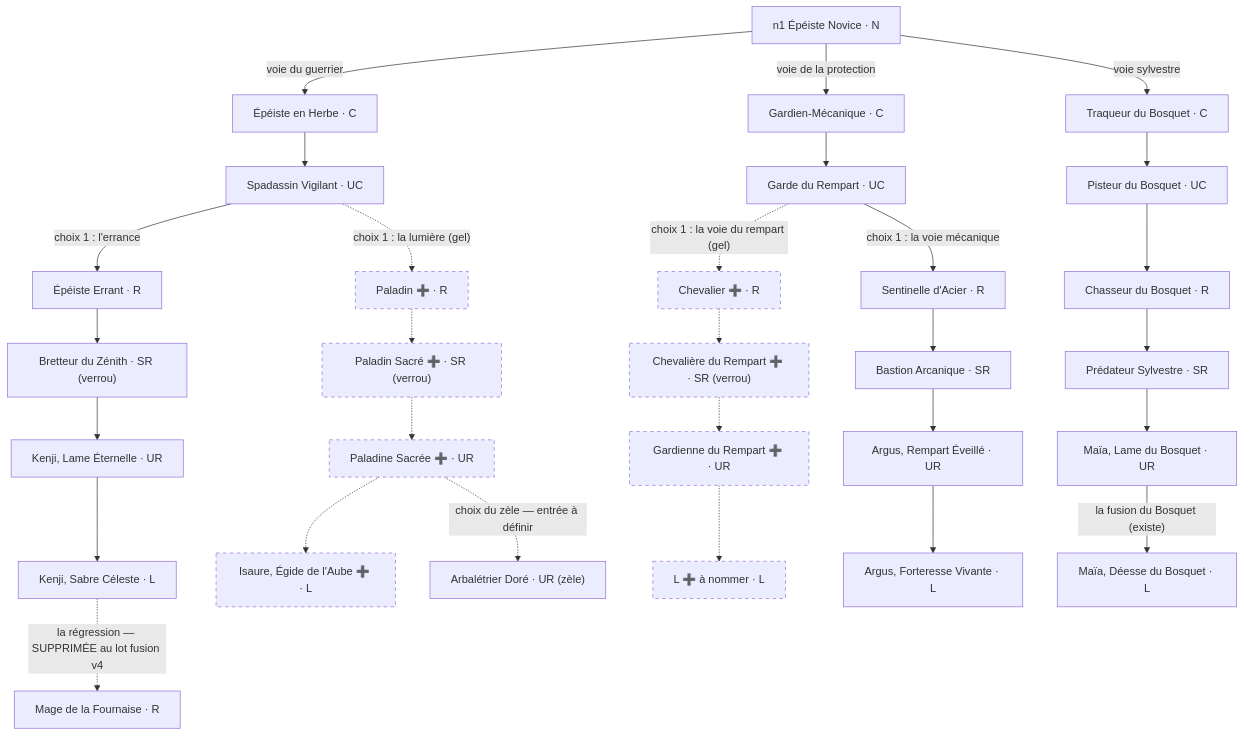
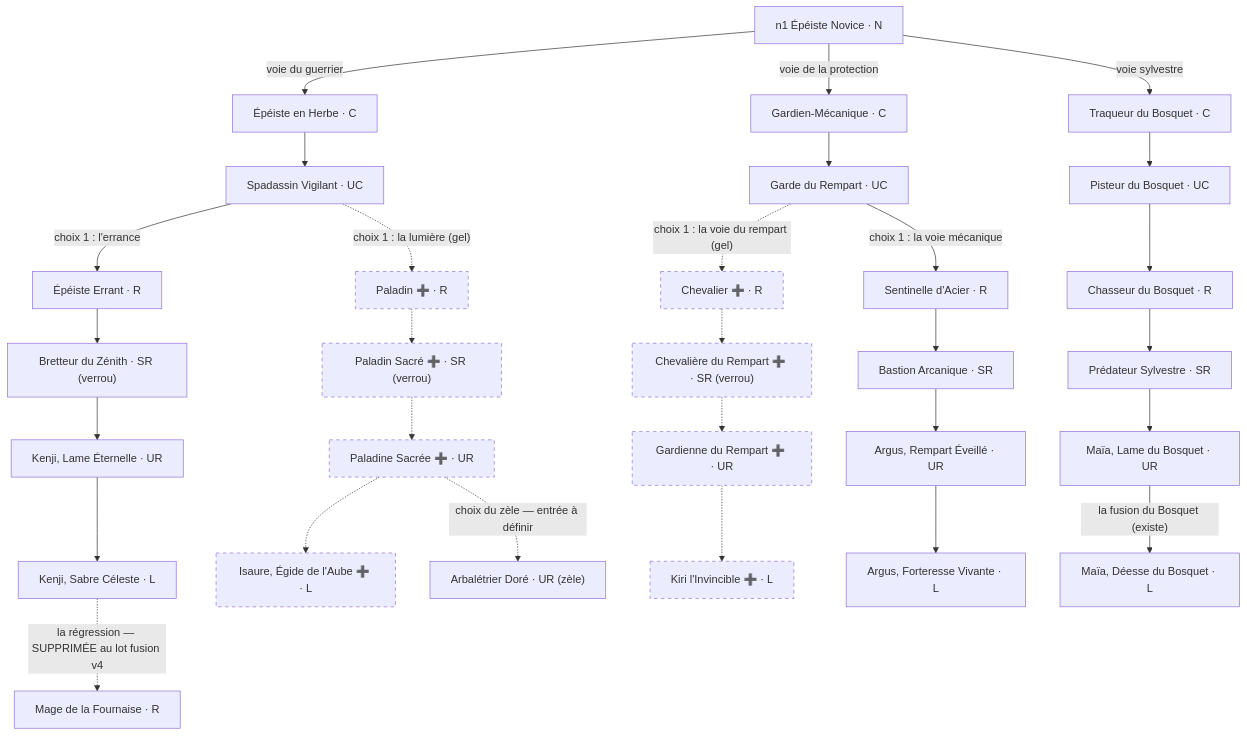
The second of 10 diagrams in docs/design/design-arbres-v18.md (mobize191/aicg-lignees), drawn with Mermaid before and after one commit. The commit also changed other lines of this file and 6 other files, not shown here.

Commit message:
suite 24 : 20 points du gel v1 tranches (Kiri l'Invincible, zele au palier R, fusion humaine+divin par biome de famille + 15% demon, eclats -> or, lignees uniques, calibrage) + etude polyvalence (full degats gagne, outil rejouable)

````diff
--- a/docs/design/design-arbres-v18.md
+++ b/docs/design/design-arbres-v18.md
@@ -267,33 +267,33 @@
 ```mermaid
 flowchart TD
   N1["n1 Épéiste Novice · N"] -->|"voie du guerrier"| A1["Épéiste en Herbe · C"]
   N1 -->|"voie de la protection"| S4["Gardien-Mécanique · C"]
   N1 -->|"voie sylvestre"| A24["Traqueur du Bosquet · C"]
   A1 --> A30["Spadassin Vigilant · UC"]
   S4 --> S14["Garde du Rempart · UC"]
   A24 --> A33["Pisteur du Bosquet · UC"]
   A30 -->|"choix 1 : l'errance"| A6["Épéiste Errant · R"]
   A30 -.->|"choix 1 : la lumière (gel)"| PAL["Paladin ➕ · R"]
   S14 -->|"choix 1 : la voie mécanique"| S6["Sentinelle d'Acier · R"]
   S14 -.->|"choix 1 : la voie du rempart (gel)"| CHE["Chevalier ➕ · R"]
   A33 --> A25["Chasseur du Bosquet · R"]
   A6 --> A10["Bretteur du Zénith · SR (verrou)"]
   A10 --> A15["Kenji, Lame Éternelle · UR"]
   A15 --> A17["Kenji, Sabre Céleste · L"]
   A17 -.->|"la régression — SUPPRIMÉE au lot fusion v4"| A20["Mage de la Fournaise · R"]
   PAL -.-> PALS["Paladin Sacré ➕ · SR (verrou)"]
   PALS -.-> PALU["Paladine Sacrée ➕ · UR"]
   PALU -.-> PALL["Isaure, Égide de l'Aube ➕ · L"]
   PALU -.->|"choix du zèle — entrée à définir"| LEG["Arbalétrier Doré · UR (zèle)"]
   CHE -.-> CHES["Chevalière du Rempart ➕ · SR (verrou)"]
   CHES -.-> CHEU["Gardienne du Rempart ➕ · UR"]
-  CHEU -.-> CHEL["L ➕ à nommer · L"]
+  CHEU -.-> CHEL["Kiri l'Invincible ➕ · L"]
   S6 --> S7["Bastion Arcanique · SR"]
   S7 --> S11["Argus, Rempart Éveillé · UR"]
   S11 --> S12["Argus, Forteresse Vivante · L"]
   A25 --> A26["Prédateur Sylvestre · SR"]
   A26 --> A27["Maïa, Lame du Bosquet · UR"]
   A27 -->|"la fusion du Bosquet (existe)"| A28["Maïa, Déesse du Bosquet · L"]
   classDef gel stroke-dasharray: 5 5;
   class PAL,PALS,PALU,PALL,CHE,CHES,CHEU,CHEL gel;
 ```
````
